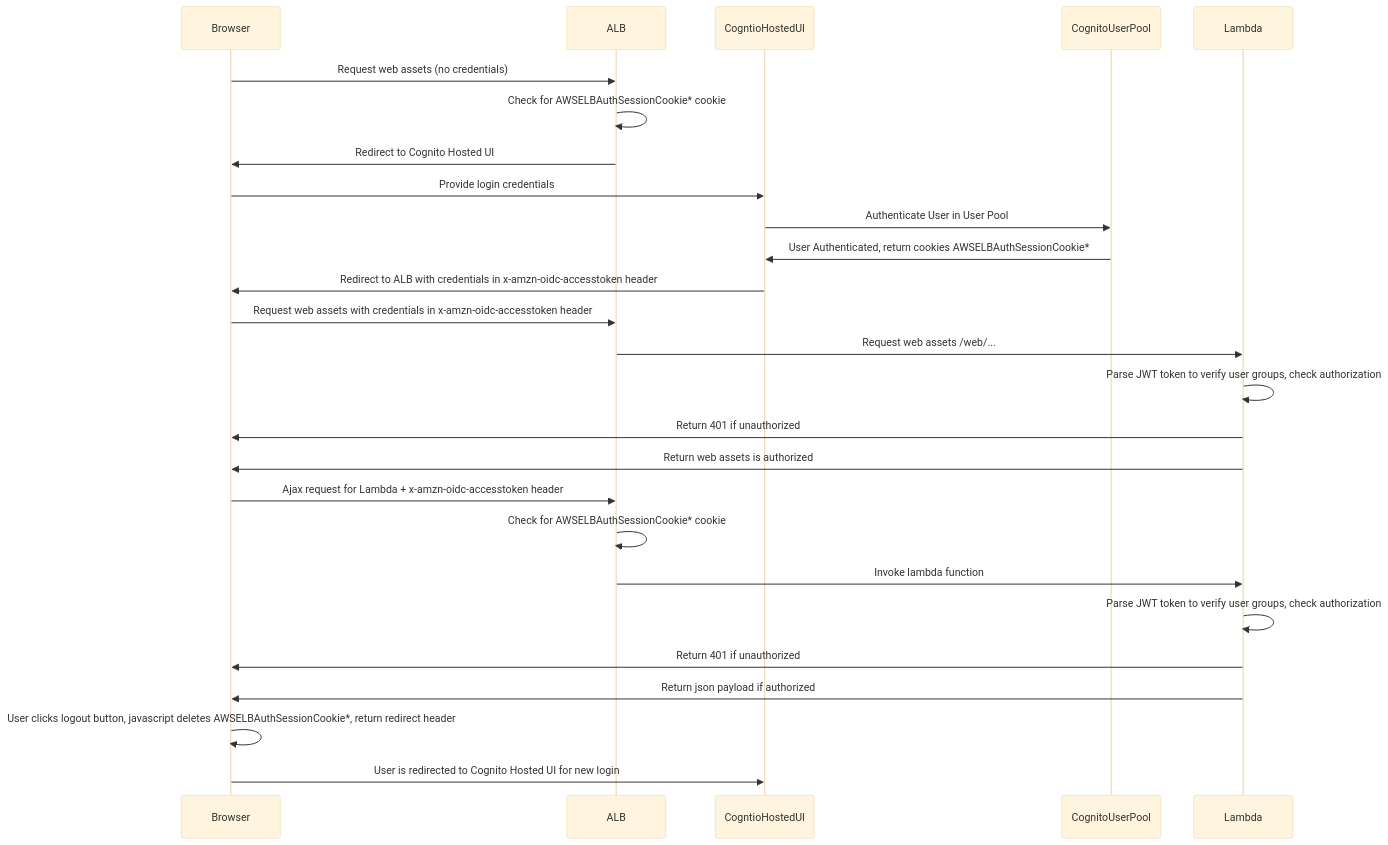
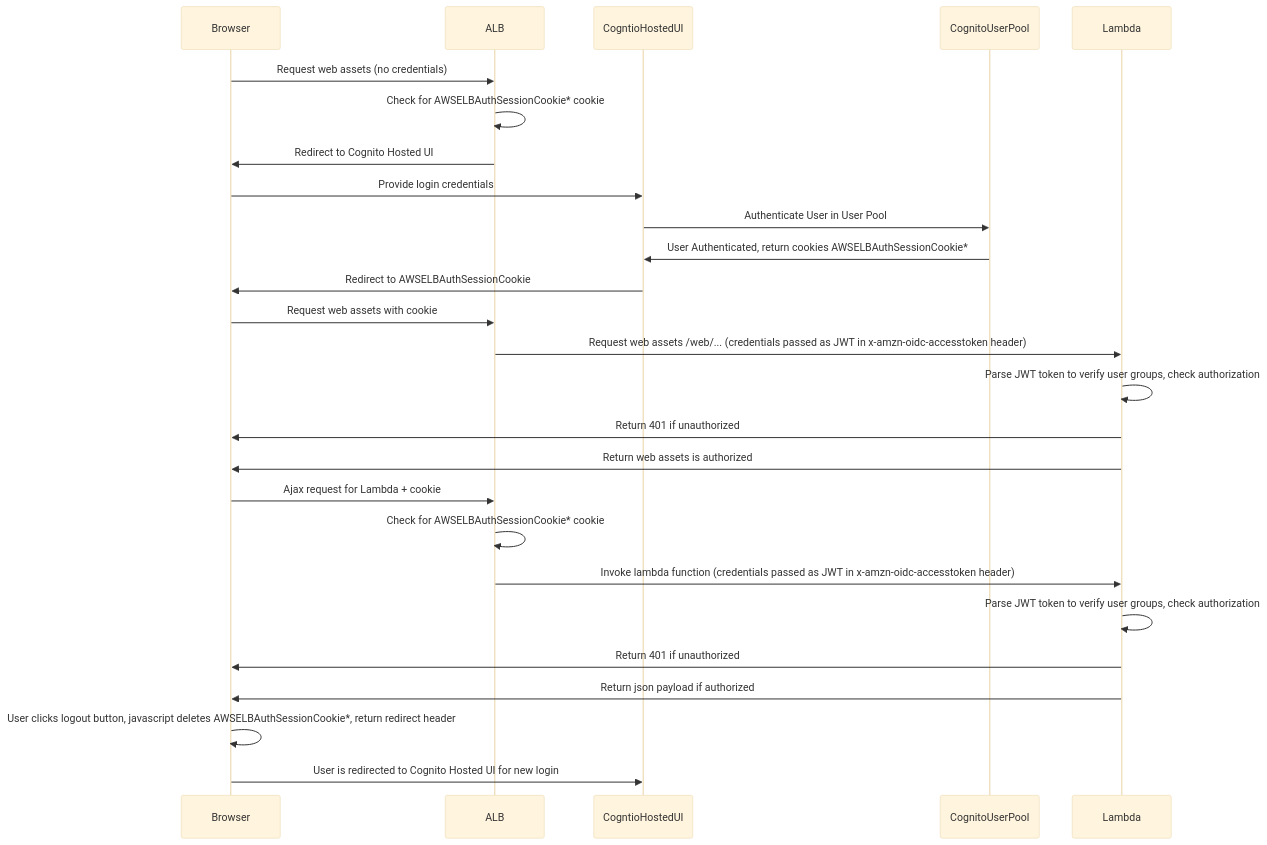
One commit to terrywbrady/cognito-js-app changed the diagram in alb-intercept/app.mmd. Above: the diagram before and after it, drawn with Mermaid (base theme). The commit also changed 1 other file, not shown here.

Commit message:
seq diagram update

```diff
--- a/alb-intercept/app.mmd
+++ b/alb-intercept/app.mmd
@@ -1,21 +1,21 @@
 sequenceDiagram
     Browser->>ALB: Request web assets (no credentials)
     ALB->>ALB: Check for AWSELBAuthSessionCookie* cookie
     ALB->>Browser: Redirect to Cognito Hosted UI
     Browser->>CogntioHostedUI: Provide login credentials
     CogntioHostedUI->>CognitoUserPool: Authenticate User in User Pool 
     CognitoUserPool->>CogntioHostedUI: User Authenticated, return cookies AWSELBAuthSessionCookie*
-    CogntioHostedUI->>Browser: Redirect to ALB with credentials in x-amzn-oidc-accesstoken header
-    Browser->>ALB: Request web assets with credentials in x-amzn-oidc-accesstoken header
-    ALB->>Lambda: Request web assets /web/...
+    CogntioHostedUI->>Browser: Redirect to AWSELBAuthSessionCookie
+    Browser->>ALB: Request web assets with cookie
+    ALB->>Lambda: Request web assets /web/... (credentials passed as JWT in x-amzn-oidc-accesstoken header)
     Lambda->>Lambda: Parse JWT token to verify user groups, check authorization
     Lambda->>Browser: Return 401 if unauthorized
     Lambda->>Browser: Return web assets is authorized
-    Browser->>ALB: Ajax request for Lambda + x-amzn-oidc-accesstoken header
+    Browser->>ALB: Ajax request for Lambda + cookie
     ALB->>ALB: Check for AWSELBAuthSessionCookie* cookie
-    ALB->>Lambda: Invoke lambda function
+    ALB->>Lambda: Invoke lambda function (credentials passed as JWT in x-amzn-oidc-accesstoken header)
     Lambda->>Lambda: Parse JWT token to verify user groups, check authorization
     Lambda->>Browser: Return 401 if unauthorized
     Lambda->>Browser: Return json payload if authorized
     Browser->>Browser: User clicks logout button, javascript deletes AWSELBAuthSessionCookie*, return redirect header
     Browser->>CogntioHostedUI: User is redirected to Cognito Hosted UI for new login
```
